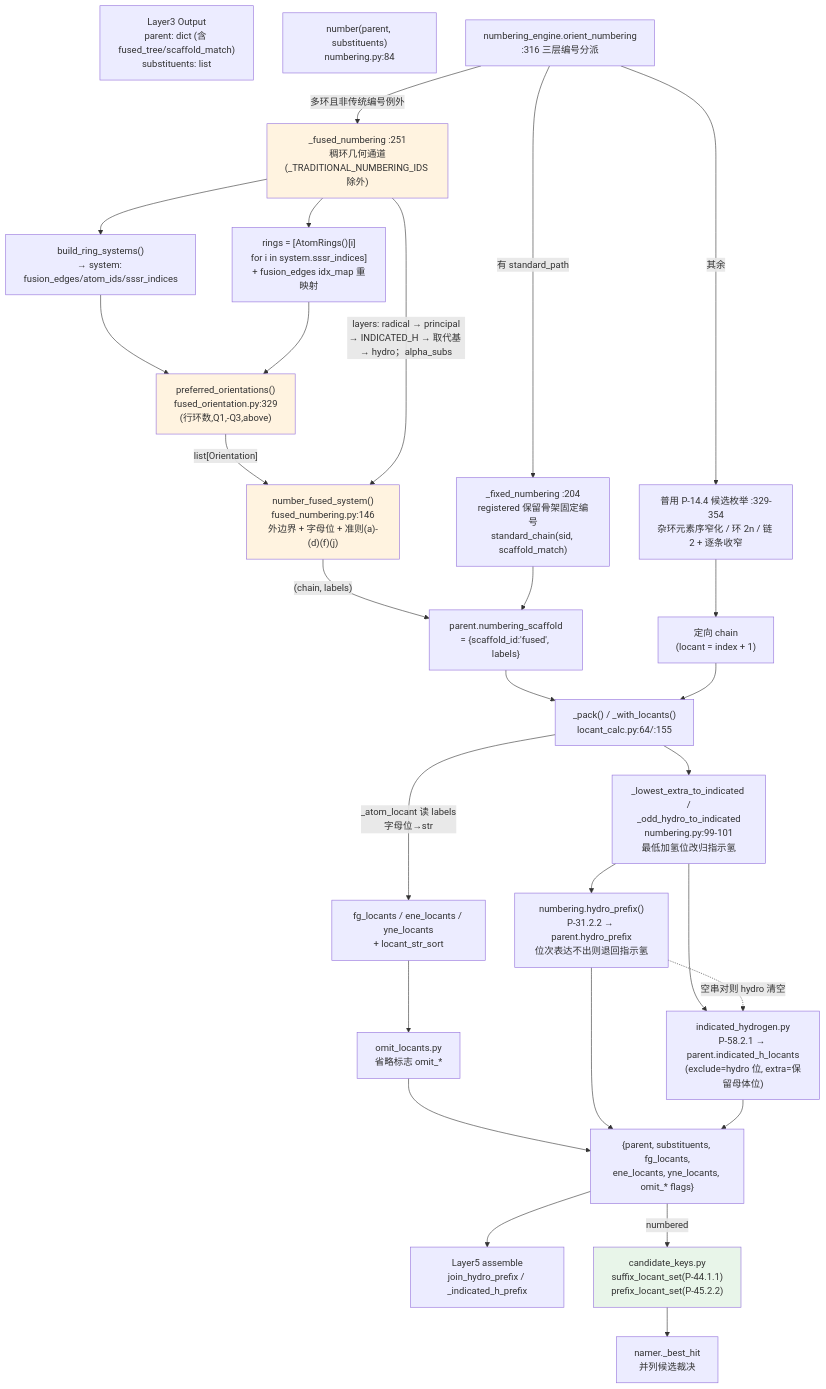
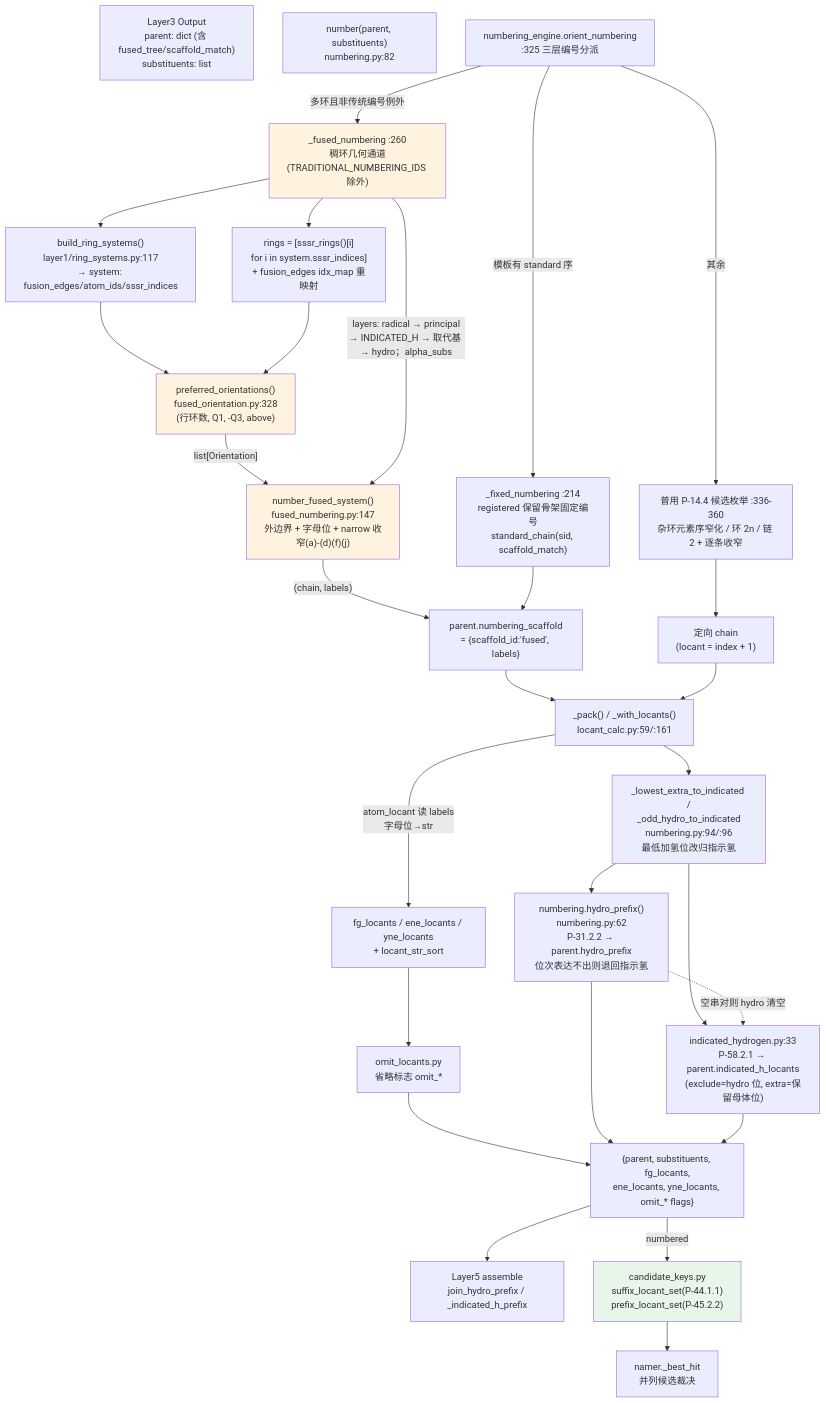
Before and after one commit to zouxiaofei1/OpenSMILES: the diagram in docs/wiki/architecture/layer4-numbering.md, drawn with Mermaid. The commit also changed other lines of this file and 20 other files, not shown here.

````diff
--- a/docs/wiki/architecture/layer4-numbering.md
+++ b/docs/wiki/architecture/layer4-numbering.md
@@ -301,45 +302,45 @@
 ```mermaid
 flowchart TD
     L3["Layer3 Output<br/>parent: dict (含 fused_tree/scaffold_match)<br/>substituents: list"]
-    NUM["number(parent, substituents)<br/>numbering.py:84"]
-    ORIENT["numbering_engine.orient_numbering<br/>:316 三层编号分派"]
+    NUM["number(parent, substituents)<br/>numbering.py:82"]
+    ORIENT["numbering_engine.orient_numbering<br/>:325 三层编号分派"]
 
-    LEFT["_fixed_numbering :204<br/>registered 保留骨架固定编号<br/>standard_chain(sid, scaffold_match)"]
-    FUSED["_fused_numbering :251<br/>稠环几何通道<br/>(_TRADITIONAL_NUMBERING_IDS 除外)"]
-    GEN["普用 P-14.4 候选枚举 :329-354<br/>杂环元素序窄化 / 环 2n / 链 2 + 逐条收窄"]
+    LEFT["_fixed_numbering :214<br/>registered 保留骨架固定编号<br/>standard_chain(sid, scaffold_match)"]
+    FUSED["_fused_numbering :260<br/>稠环几何通道<br/>(TRADITIONAL_NUMBERING_IDS 除外)"]
+    GEN["普用 P-14.4 候选枚举 :336-360<br/>杂环元素序窄化 / 环 2n / 链 2 + 逐条收窄"]
 
-    ORIENT -->|"有 standard_path"| LEFT
+    ORIENT -->|"模板有 standard 序"| LEFT
     ORIENT -->|"多环且非传统编号例外"| FUSED
     ORIENT -->|"其余"| GEN
 
-    FUSED --> BRS["build_ring_systems()<br/>→ system: fusion_edges/atom_ids/sssr_indices"]
-    FUSED --> RINGS["rings = [AtomRings()[i]<br/>for i in system.sssr_indices]<br/>+ fusion_edges idx_map 重映射"]
-    BRS --> ORIENT2["preferred_orientations()<br/>fused_orientation.py:329<br/>(行环数,Q1,-Q3,above)"]
+    FUSED --> BRS["build_ring_systems()<br/>layer1/ring_systems.py:117<br/>→ system: fusion_edges/atom_ids/sssr_indices"]
+    FUSED --> RINGS["rings = [sssr_rings()[i]<br/>for i in system.sssr_indices]<br/>+ fusion_edges idx_map 重映射"]
+    BRS --> ORIENT2["preferred_orientations()<br/>fused_orientation.py:328<br/>(行环数, Q1, -Q3, above)"]
     RINGS --> ORIENT2
-    ORIENT2 -->|"list[Orientation]"| NF["number_fused_system()<br/>fused_numbering.py:146<br/>外边界 + 字母位 + 准则(a)-(d)(f)(j)"]
+    ORIENT2 -->|"list[Orientation]"| NF["number_fused_system()<br/>fused_numbering.py:147<br/>外边界 + 字母位 + narrow 收窄(a)-(d)(f)(j)"]
     FUSED -->|"layers: radical → principal<br/>→ INDICATED_H → 取代基 → hydro；alpha_subs"| NF
     NF -->|"(chain, labels)"| SCAFF["parent.numbering_scaffold<br/>= {scaffold_id:'fused', labels}"]
     LEFT --> SCAFF
 
-    SCAFF --> PACK["_pack() / _with_locants()<br/>locant_calc.py:64/:155"]
-    PACK -->|"_atom_locant 读 labels<br/>字母位→str"| LOCS["fg_locants / ene_locants / yne_locants<br/>+ locant_str_sort"]
+    SCAFF --> PACK["_pack() / _with_locants()<br/>locant_calc.py:59/:161"]
+    PACK -->|"atom_locant 读 labels<br/>字母位→str"| LOCS["fg_locants / ene_locants / yne_locants<br/>+ locant_str_sort"]
     LOCS --> OMIT["omit_locants.py<br/>省略标志 omit_*"]
-    PACK --> HFIX["_lowest_extra_to_indicated /<br/>_odd_hydro_to_indicated<br/>numbering.py:99-101<br/>最低加氢位改归指示氢"]
-    HFIX --> HY["numbering.hydro_prefix()<br/>P-31.2.2 → parent.hydro_prefix<br/>位次表达不出则退回指示氢"]
-    HFIX --> IH["indicated_hydrogen.py<br/>P-58.2.1 → parent.indicated_h_locants<br/>(exclude=hydro 位, extra=保留母体位)"]
+    PACK --> HFIX["_lowest_extra_to_indicated /<br/>_odd_hydro_to_indicated<br/>numbering.py:94/:96<br/>最低加氢位改归指示氢"]
+    HFIX --> HY["numbering.hydro_prefix()<br/>numbering.py:62<br/>P-31.2.2 → parent.hydro_prefix<br/>位次表达不出则退回指示氢"]
+    HFIX --> IH["indicated_hydrogen.py:33<br/>P-58.2.1 → parent.indicated_h_locants<br/>(exclude=hydro 位, extra=保留母体位)"]
     HY -.->|"空串对则 hydro 清空"| IH
     OMIT --> OUT["{parent, substituents, fg_locants,<br/>ene_locants, yne_locants, omit_* flags}"]
     HY --> OUT
     IH --> OUT
     OUT --> L5["Layer5 assemble<br/>join_hydro_prefix / _indicated_h_prefix"]
 
     OUT -->|"numbered"| CK["candidate_keys.py<br/>suffix_locant_set(P-44.1.1)<br/>prefix_locant_set(P-45.2.2)"]
     CK --> NAMER["namer._best_hit<br/>并列候选裁决"]
 
     GEN --> CHAIN["定向 chain<br/>(locant = index + 1)"]
     CHAIN --> PACK
     style FUSED fill:#fff3e0
     style NF fill:#fff3e0
     style ORIENT2 fill:#fff3e0
     style CK fill:#e8f5e9
 ```
````
